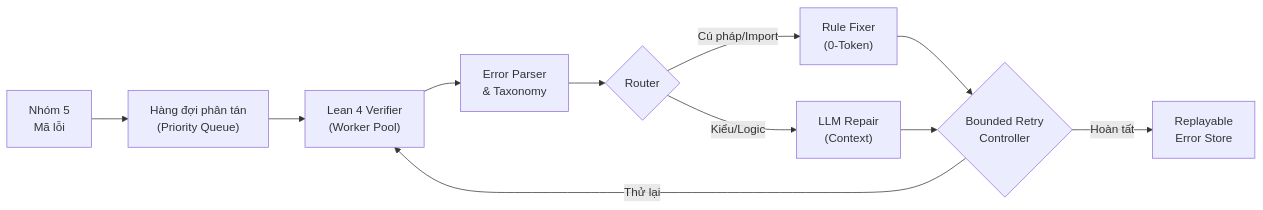
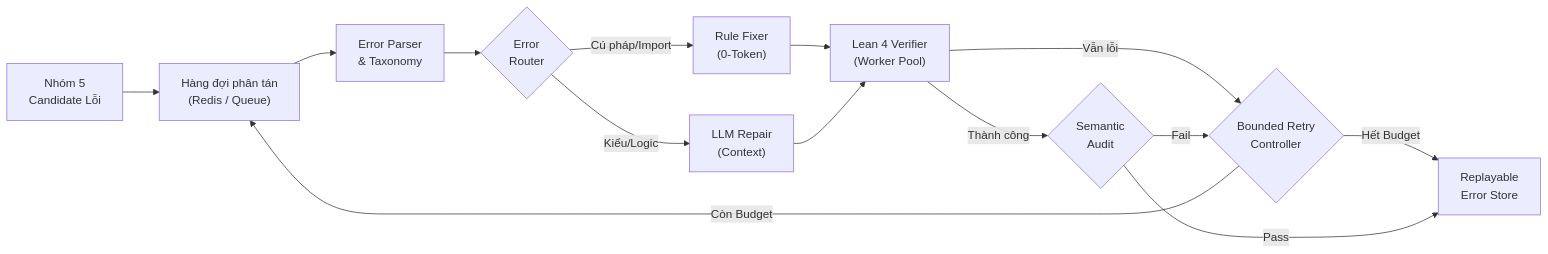
One commit to khamsing888/ai4math-verifier-guided-repair changed the diagram in README.md. Above: the diagram before and after it, drawn with Mermaid. The commit also changed 4 other files, not shown here.

Commit message:
docs(architecture): standardize refined architecture diagram with feedback retry loop and semantic check

````diff
--- a/README.md
+++ b/README.md
@@ -31,12 +31,15 @@
 ```mermaid
 flowchart LR
-    In["Nhóm 5<br/>Mã lỗi"] --> Q["Hàng đợi phân tán<br/>(Priority Queue)"]
-    Q --> V["Lean 4 Verifier<br/>(Worker Pool)"]
-    V --> P["Error Parser<br/>& Taxonomy"]
-    P --> R{"Router"}
+    In["Nhóm 5<br/>Candidate Lỗi"] --> Q["Hàng đợi phân tán<br/>(Redis / Queue)"]
+    Q --> P["Error Parser<br/>& Taxonomy"]
+    P --> R{"Error<br/>Router"}
     R -->|Cú pháp/Import| Rule["Rule Fixer<br/>(0-Token)"]
     R -->|Kiểu/Logic| LLM["LLM Repair<br/>(Context)"]
-    Rule & LLM --> B{"Bounded Retry<br/>Controller"}
-    B -->|Thử lại| V
-    B -->|Hoàn tất| S["Replayable<br/>Error Store"]
+    Rule & LLM --> V["Lean 4 Verifier<br/>(Worker Pool)"]
+    V -->|Vẫn lỗi| B{"Bounded Retry<br/>Controller"}
+    B -->|Còn Budget| Q
+    B -->|Hết Budget| S["Replayable<br/>Error Store"]
+    V -->|Thành công| Audit{"Semantic<br/>Audit"}
+    Audit -->|Pass| S
+    Audit -->|Fail| B
 ```
````
